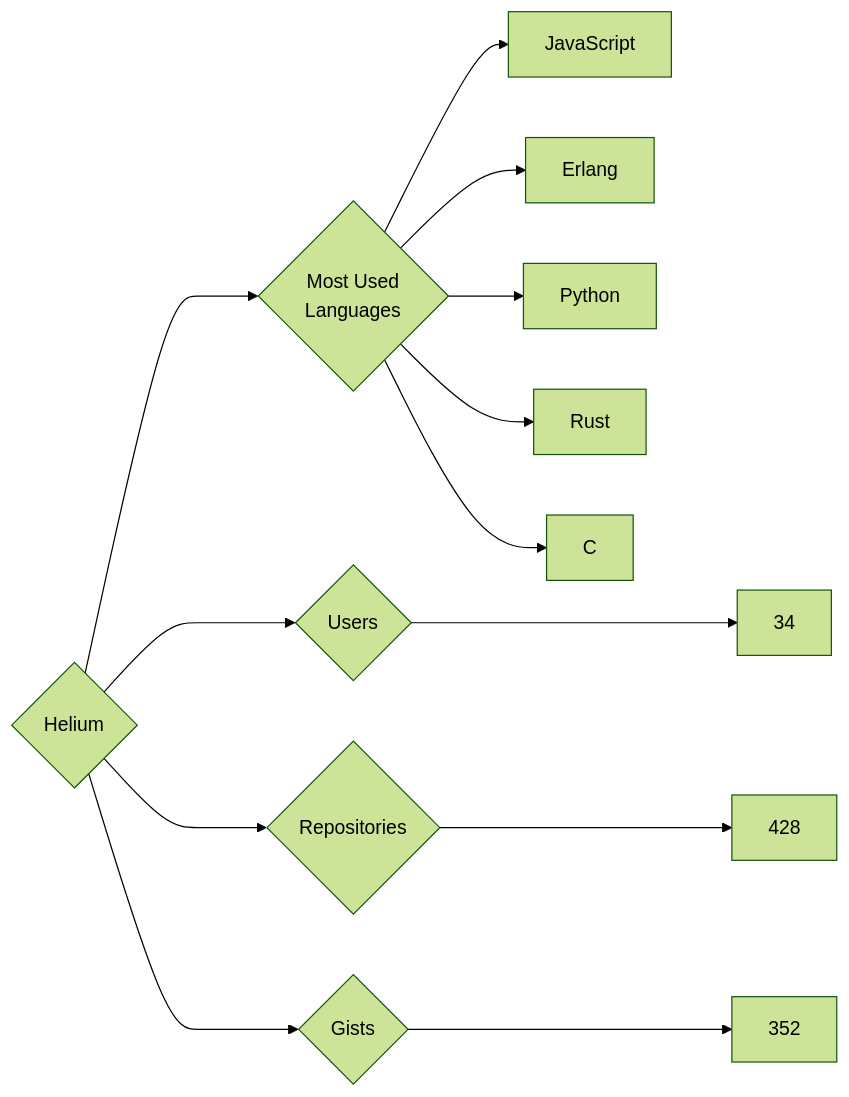
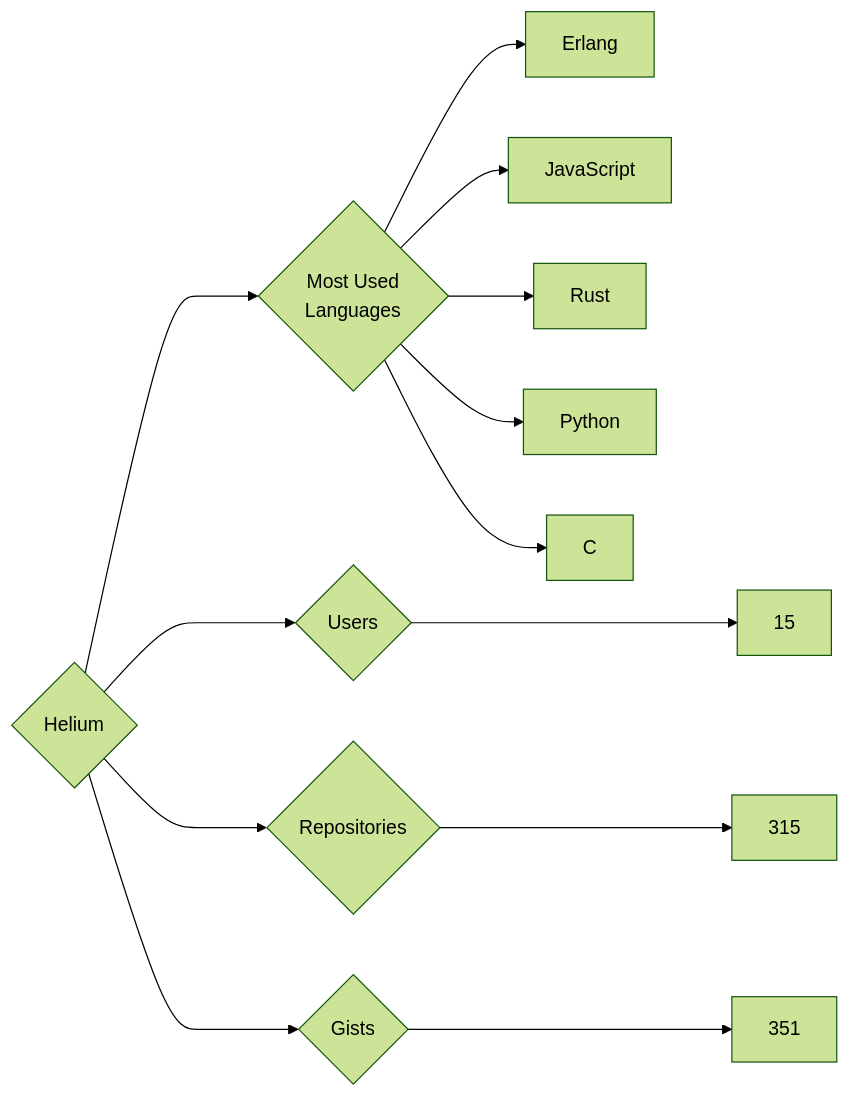
Before and after one commit to trickest/insiders: the diagram in targets/Helium/README.md, drawn with Mermaid (forest theme). The commit also changed 752 other files, not shown here.

````diff
--- a/targets/Helium/README.md
+++ b/targets/Helium/README.md
@@ -3,13 +3,13 @@
 ```mermaid
 graph LR
 COMPANY_NAME{Helium}
-COMPANY_NAME ---> U{Users} ---> UN[34]
-COMPANY_NAME ---> R{Repositories} ---> RN[428]
-COMPANY_NAME ---> G{Gists} ---> GN[352]
+COMPANY_NAME ---> U{Users} ---> UN[15]
+COMPANY_NAME ---> R{Repositories} ---> RN[315]
+COMPANY_NAME ---> G{Gists} ---> GN[351]
 COMPANY_NAME ---> ML{Most Used<br>Languages}
+ML --> Erlang[Erlang]
 ML --> JavaScript[JavaScript]
-ML --> Erlang[Erlang]
+ML --> Rust[Rust]
 ML --> Python[Python]
-ML --> Rust[Rust]
 ML --> C[C]
 ```
````
